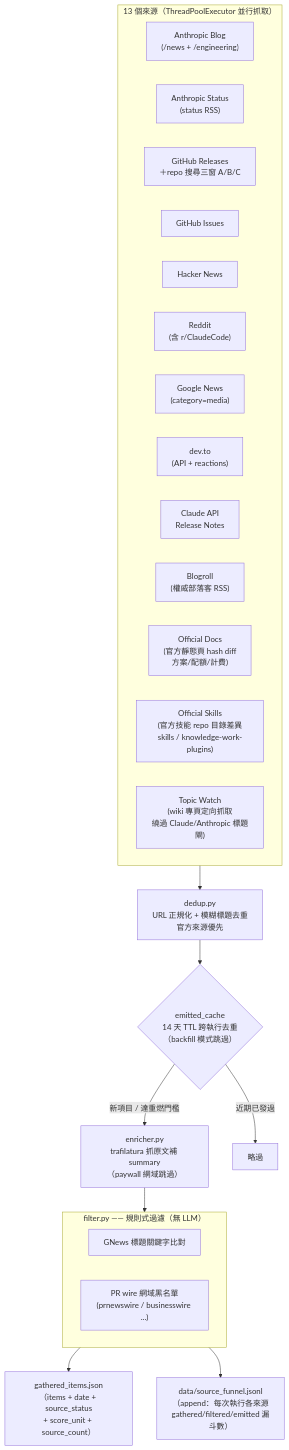
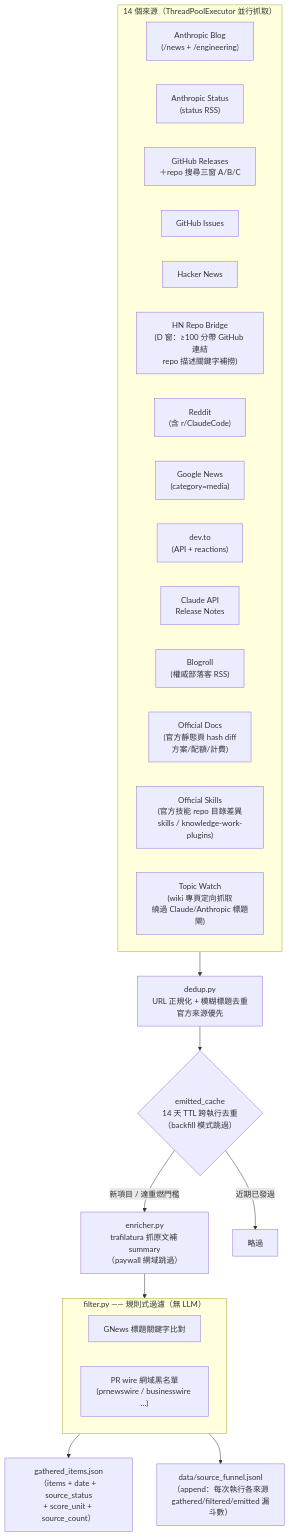
Before and after one commit to mandy82477/claude-news: the third of 9 diagrams in src/DesignDocument/Design Diagram.md, drawn with Mermaid. The commit also changed 11 other files, not shown here.

````diff
--- a/src/DesignDocument/Design Diagram.md
+++ b/src/DesignDocument/Design Diagram.md
@@ -90,35 +90,38 @@
 ```mermaid
 flowchart TD
-    subgraph SRC["13 個來源（ThreadPoolExecutor 並行抓取）"]
+    subgraph SRC["14 個來源（ThreadPoolExecutor 並行抓取）"]
         direction LR
         S1["Anthropic Blog\n(/news + /engineering)"]
         S2["Anthropic Status\n(status RSS)"]
         S3["GitHub Releases
 ＋repo 搜尋三窗 A/B/C"]
         S4["GitHub Issues"]
         S5["Hacker News"]
+        S5b["HN Repo Bridge
+(D 窗：≥100 分帶 GitHub 連結
+repo 描述關鍵字補撈)"]
         S6["Reddit\n(含 r/ClaudeCode)"]
         S7["Google News\n(category=media)"]
         S8["dev.to\n(API + reactions)"]
         S9["Claude API\nRelease Notes"]
         S10["Blogroll\n(權威部落客 RSS)"]
         S11["Official Docs\n(官方靜態頁 hash diff\n方案/配額/計費)"]
         S12["Official Skills\n(官方技能 repo 目錄差異\nskills / knowledge-work-plugins)"]
         S13["Topic Watch\n(wiki 專頁定向抓取\n繞過 Claude/Anthropic 標題閘)"]
     end
 
     SRC --> DEDUP["dedup.py\nURL 正規化 + 模糊標題去重\n官方來源優先"]
     DEDUP --> CACHE{"emitted_cache\n14 天 TTL 跨執行去重\n（backfill 模式跳過）"}
     CACHE -->|新項目 / 達重燃門檻| ENRICH
     CACHE -->|近期已發過| DROP["略過"]
 
     ENRICH["enricher.py\ntrafilatura 抓原文補 summary\n（paywall 網域跳過）"] --> FILTER
 
     subgraph FILTER["filter.py —— 規則式過濾（無 LLM）"]
         F1["GNews 標題關鍵字比對"]
         F2["PR wire 網域黑名單\n(prnewswire / businesswire ...)"]
     end
 
     FILTER --> OUT["gathered_items.json\n（items + date + source_status\n+ score_unit + source_count）"]
     FILTER --> FUNNEL["data/source_funnel.jsonl\n（append：每次執行各來源\ngathered/filtered/emitted 漏斗數）"]
 ```
````
